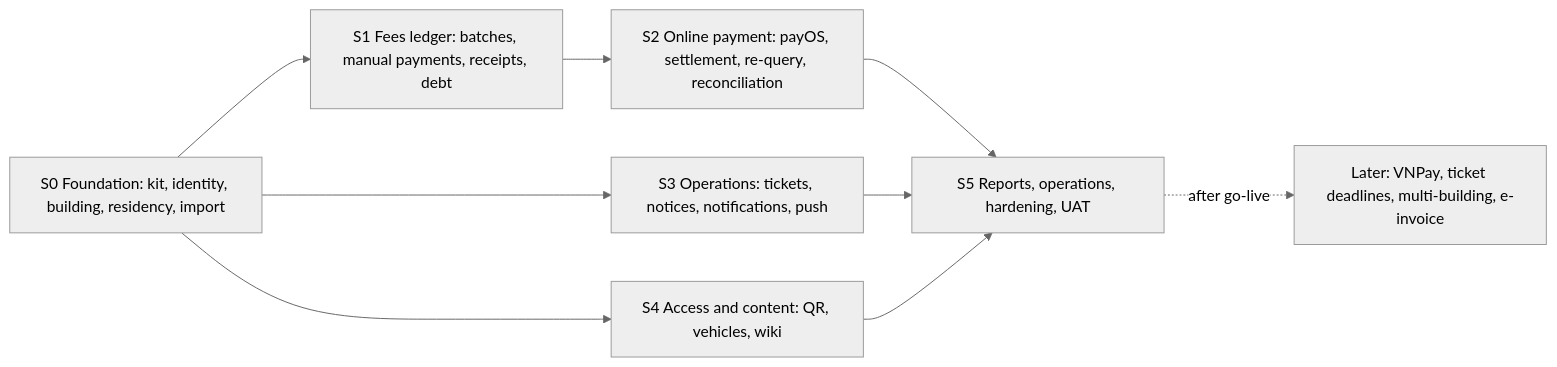
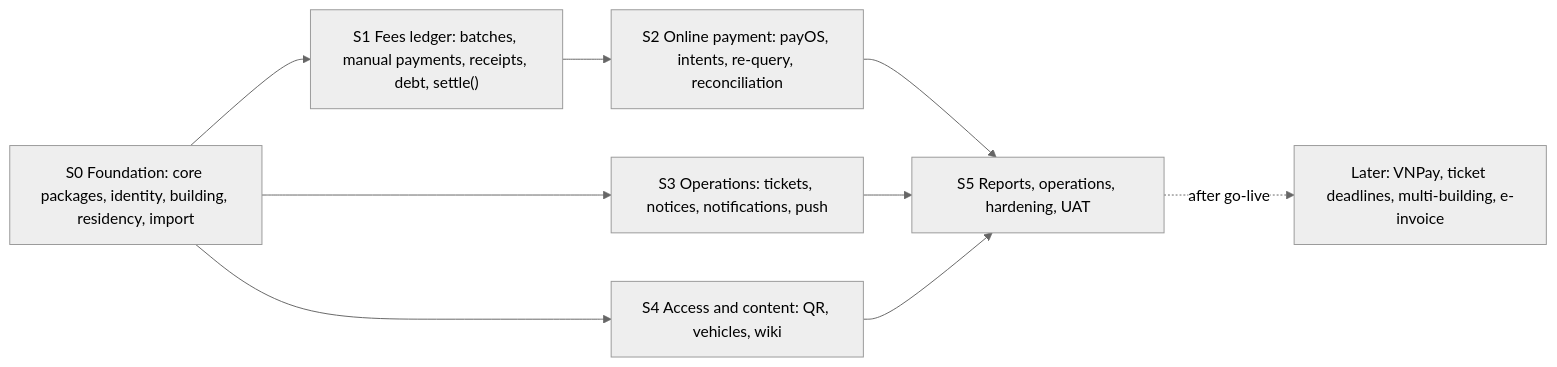
Diagram 15 of 15 in residential-management-sdd.md (ninggiangboy/residential-management-system), drawn with Mermaid (neutral theme) before and after one commit. The commit also changed other lines of this file, not shown here.

````diff
--- a/residential-management-sdd.md
+++ b/residential-management-sdd.md
@@ -1868,9 +1986,9 @@
 ```mermaid
 flowchart LR
-  S0["S0 Foundation: kit, identity, building, residency, import"] --> S1["S1 Fees ledger: batches, manual payments, receipts, debt"]
-  S1 --> S2["S2 Online payment: payOS, settlement, re-query, reconciliation"]
+  S0["S0 Foundation: core packages, identity, building, residency, import"] --> S1["S1 Fees ledger: batches, manual payments, receipts, debt, settle()"]
+  S1 --> S2["S2 Online payment: payOS, intents, re-query, reconciliation"]
   S0 --> S3["S3 Operations: tickets, notices, notifications, push"]
   S0 --> S4["S4 Access and content: QR, vehicles, wiki"]
   S2 & S3 & S4 --> S5["S5 Reports, operations, hardening, UAT"]
   S5 -. "after go-live" .-> L["Later: VNPay, ticket deadlines, multi-building, e-invoice"]
 ```
````
